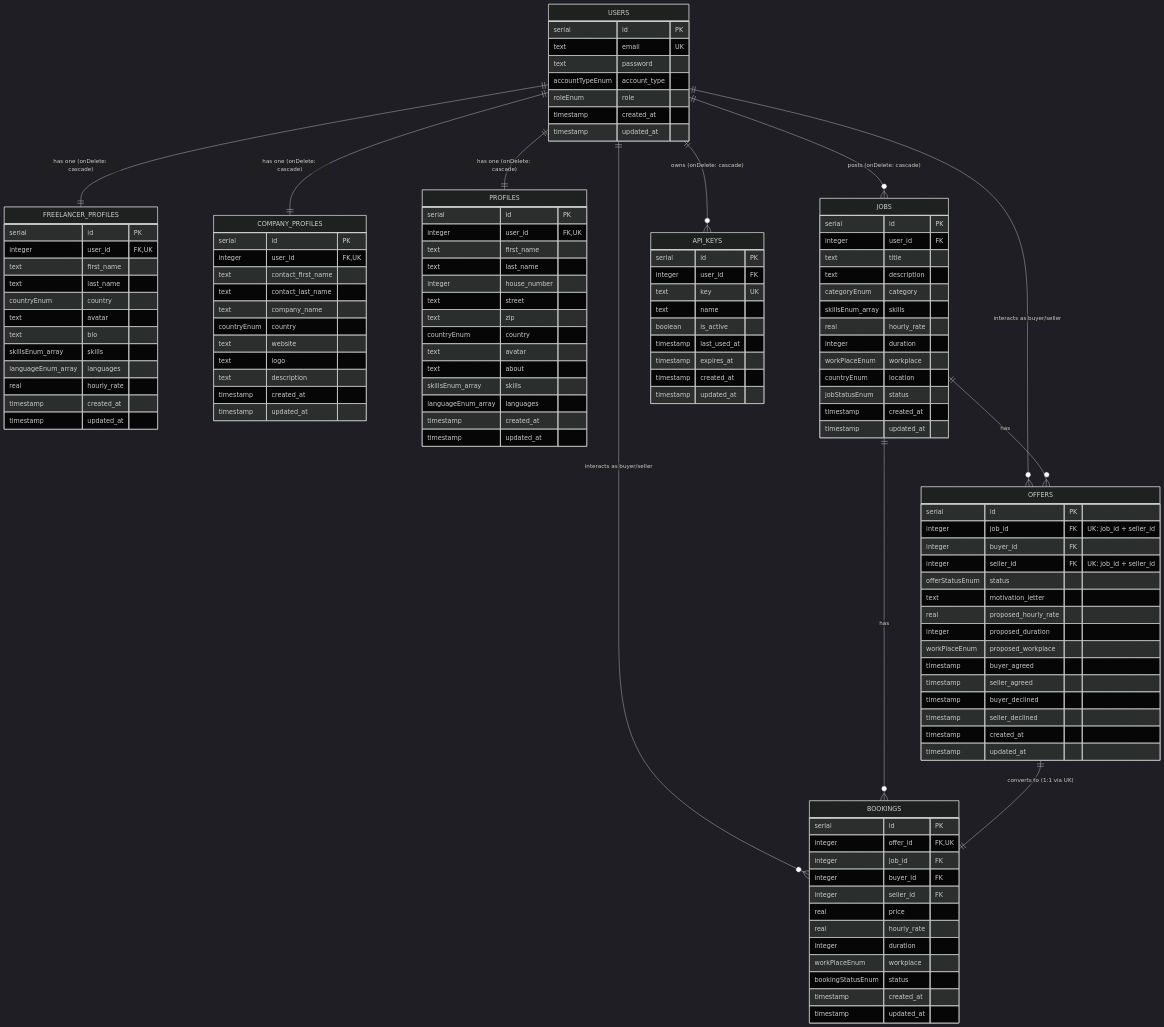
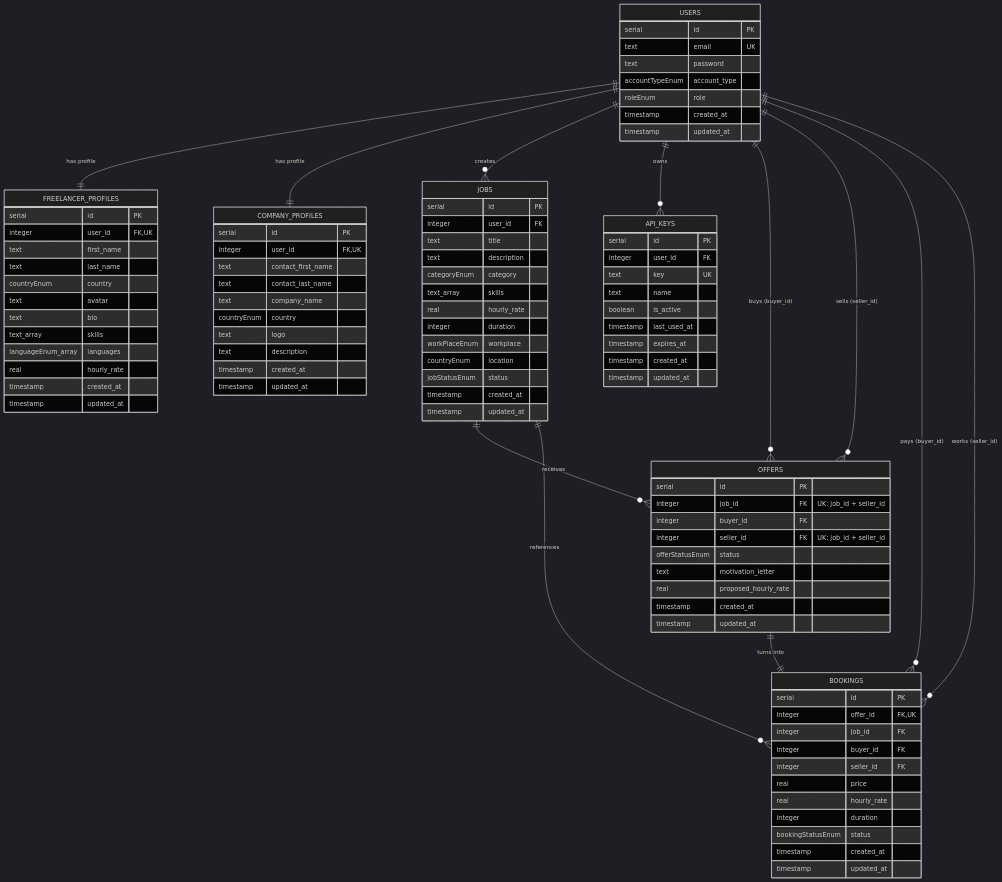
Before and after one commit to iboukhss/ft-transcendence: the diagram in server/database/entity-relationships.md, drawn with Mermaid (dark theme).

Commit message:
docs: final ER diagram

````diff
--- a/server/database/entity-relationships.md
+++ b/server/database/entity-relationships.md
@@ -18,7 +18,7 @@
         countryEnum country
         text avatar
         text bio
-        skillsEnum_array skills
+        text_array skills
         languageEnum_array languages
         real hourly_rate
         timestamp created_at
@@ -32,26 +32,8 @@
         text contact_last_name
         text company_name
         countryEnum country
-        text website
         text logo
         text description
-        timestamp created_at
-        timestamp updated_at
-    }
-
-    PROFILES {
-        serial id PK
-        integer user_id FK, UK
-        text first_name
-        text last_name
-        integer house_number
-        text street
-        text zip
-        countryEnum country
-        text avatar
-        text about
-        skillsEnum_array skills
-        languageEnum_array languages
         timestamp created_at
         timestamp updated_at
     }
@@ -62,7 +44,7 @@
         text title
         text description
         categoryEnum category
-        skillsEnum_array skills
+        text_array skills
         real hourly_rate
         integer duration
         workPlaceEnum workplace
@@ -80,12 +62,6 @@
         offerStatusEnum status
         text motivation_letter
         real proposed_hourly_rate
-        integer proposed_duration
-        workPlaceEnum proposed_workplace
-        timestamp buyer_agreed
-        timestamp seller_agreed
-        timestamp buyer_declined
-        timestamp seller_declined
         timestamp created_at
         timestamp updated_at
     }
@@ -99,7 +75,6 @@
         real price
         real hourly_rate
         integer duration
-        workPlaceEnum workplace
         bookingStatusEnum status
         timestamp created_at
         timestamp updated_at
@@ -117,14 +92,17 @@
         timestamp updated_at
     }
 
-    USERS ||--|| FREELANCER_PROFILES : "has one (onDelete: cascade)"
-    USERS ||--|| COMPANY_PROFILES : "has one (onDelete: cascade)"
-    USERS ||--|| PROFILES : "has one (onDelete: cascade)"
-    USERS ||--o{ JOBS : "posts (onDelete: cascade)"
-    USERS ||--o{ OFFERS : "interacts as buyer/seller"
-    USERS ||--o{ BOOKINGS : "interacts as buyer/seller"
-    USERS ||--o{ API_KEYS : "owns (onDelete: cascade)"
-    JOBS ||--o{ OFFERS : "has"
-    JOBS ||--o{ BOOKINGS : "has"
-    OFFERS ||--|| BOOKINGS : "converts to (1:1 via UK)"
+    USERS ||--|| FREELANCER_PROFILES : "has profile"
+    USERS ||--|| COMPANY_PROFILES : "has profile"
+    USERS ||--o{ JOBS : "creates"
+    USERS ||--o{ API_KEYS : "owns"
+    
+    JOBS ||--o{ OFFERS : "receives"
+    USERS ||--o{ OFFERS : "buys (buyer_id)"
+    USERS ||--o{ OFFERS : "sells (seller_id)"
+    
+    OFFERS ||--|| BOOKINGS : "turns into"
+    JOBS ||--o{ BOOKINGS : "references"
+    USERS ||--o{ BOOKINGS : "pays (buyer_id)"
+    USERS ||--o{ BOOKINGS : "works (seller_id)"
 ```
````
